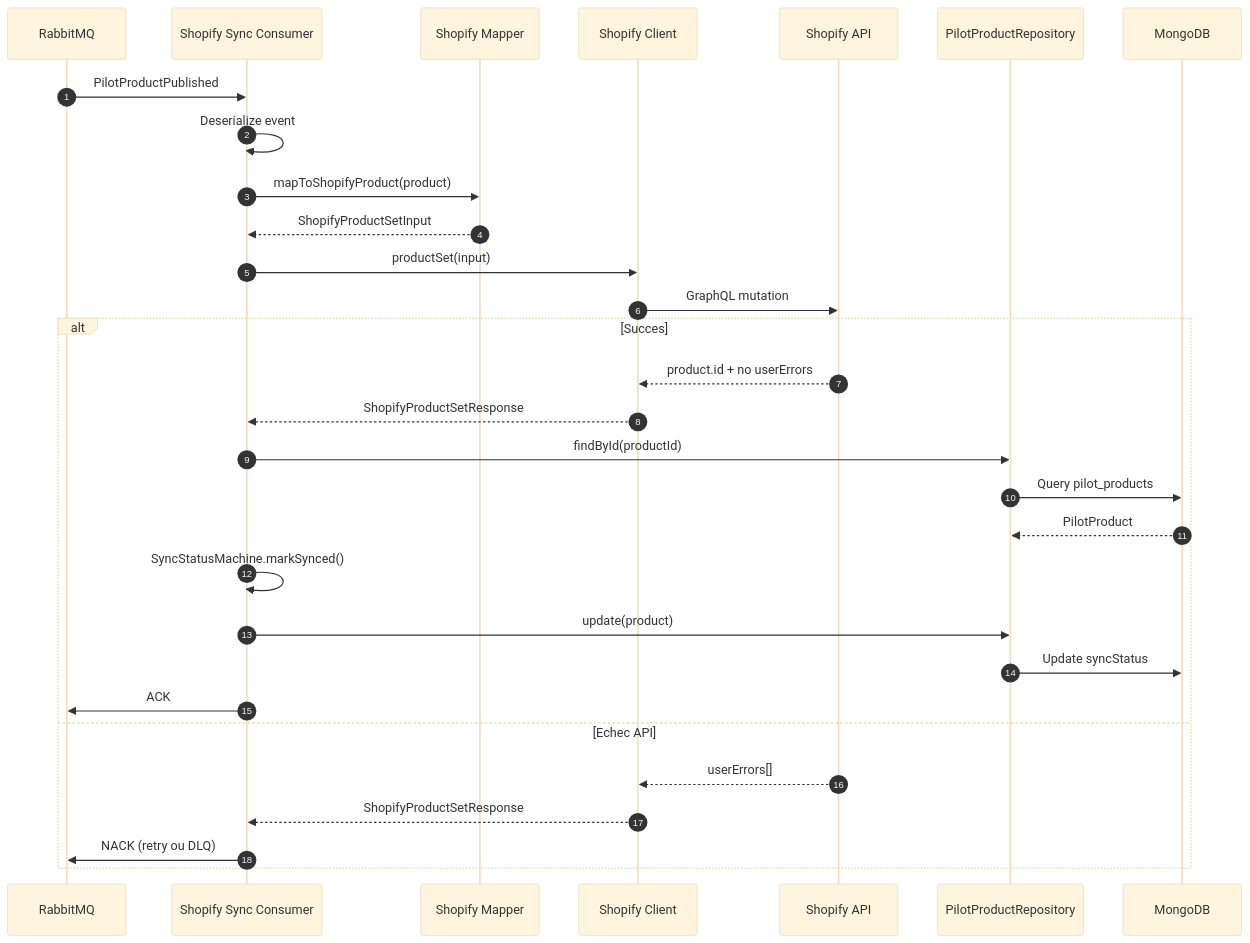
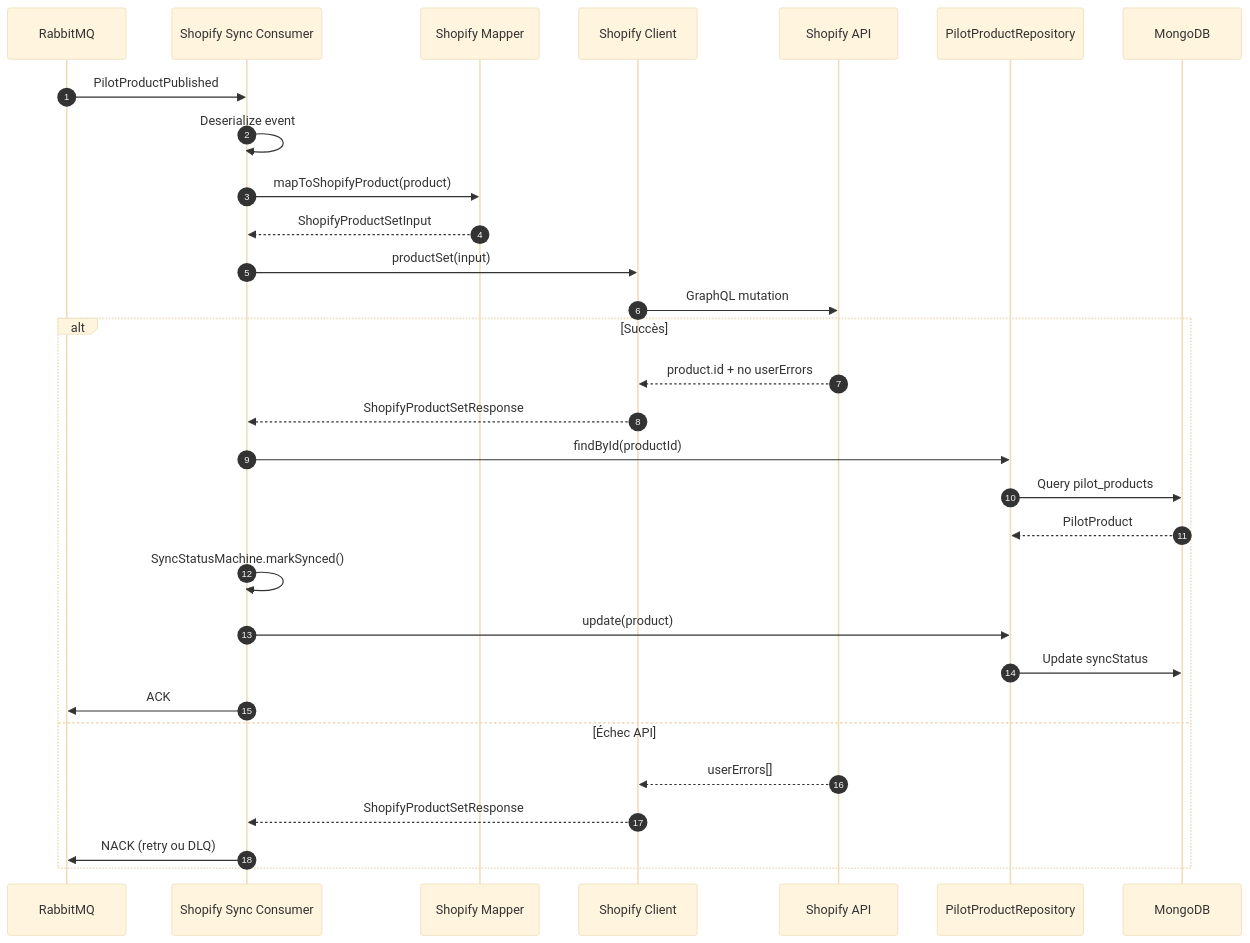
One commit to aagwali/maison-amane changed the diagram in apps/docs/docs/architecture/data-flows/shopify-sync.mdx. Above: the diagram before and after it, drawn with Mermaid (base theme). The commit also changed other lines of this file and 9 other files, not shown here.

````diff
--- a/apps/docs/docs/architecture/data-flows/shopify-sync.mdx
+++ b/apps/docs/docs/architecture/data-flows/shopify-sync.mdx
@@ -16,35 +16,35 @@
 ```mermaid
 sequenceDiagram
     autonumber
     participant MQ as RabbitMQ
     participant Consumer as Shopify Sync Consumer
     participant Mapper as Shopify Mapper
     participant Client as Shopify Client
     participant Shopify as Shopify API
     participant Repo as PilotProductRepository
     participant DB as MongoDB
 
     MQ->>Consumer: PilotProductPublished
     Consumer->>Consumer: Deserialize event
     Consumer->>Mapper: mapToShopifyProduct(product)
     Mapper-->>Consumer: ShopifyProductSetInput
 
     Consumer->>Client: productSet(input)
     Client->>Shopify: GraphQL mutation
 
-    alt Succes
+    alt Succès
         Shopify-->>Client: product.id + no userErrors
         Client-->>Consumer: ShopifyProductSetResponse
         Consumer->>Repo: findById(productId)
         Repo->>DB: Query pilot_products
         DB-->>Repo: PilotProduct
         Consumer->>Consumer: SyncStatusMachine.markSynced()
         Consumer->>Repo: update(product)
         Repo->>DB: Update syncStatus
         Consumer->>MQ: ACK
-    else Echec API
+    else Échec API
         Shopify-->>Client: userErrors[]
         Client-->>Consumer: ShopifyProductSetResponse
         Consumer->>MQ: NACK (retry ou DLQ)
     end
 ```
````
